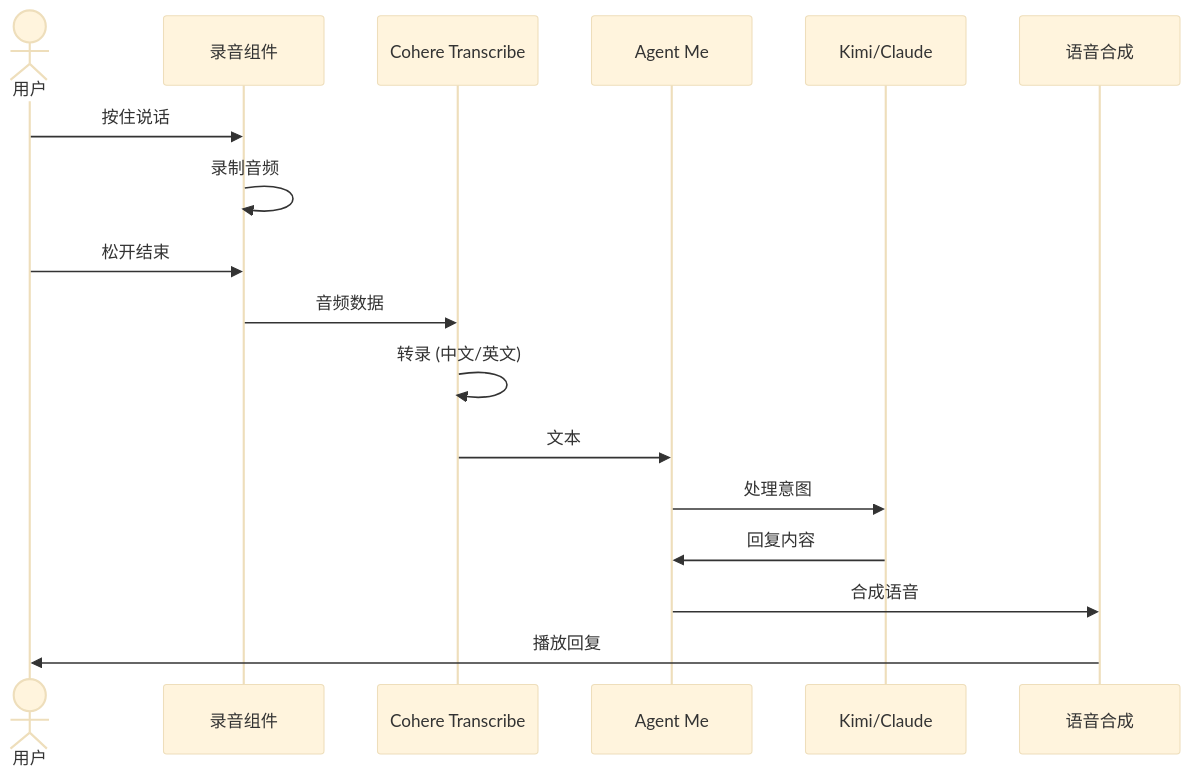
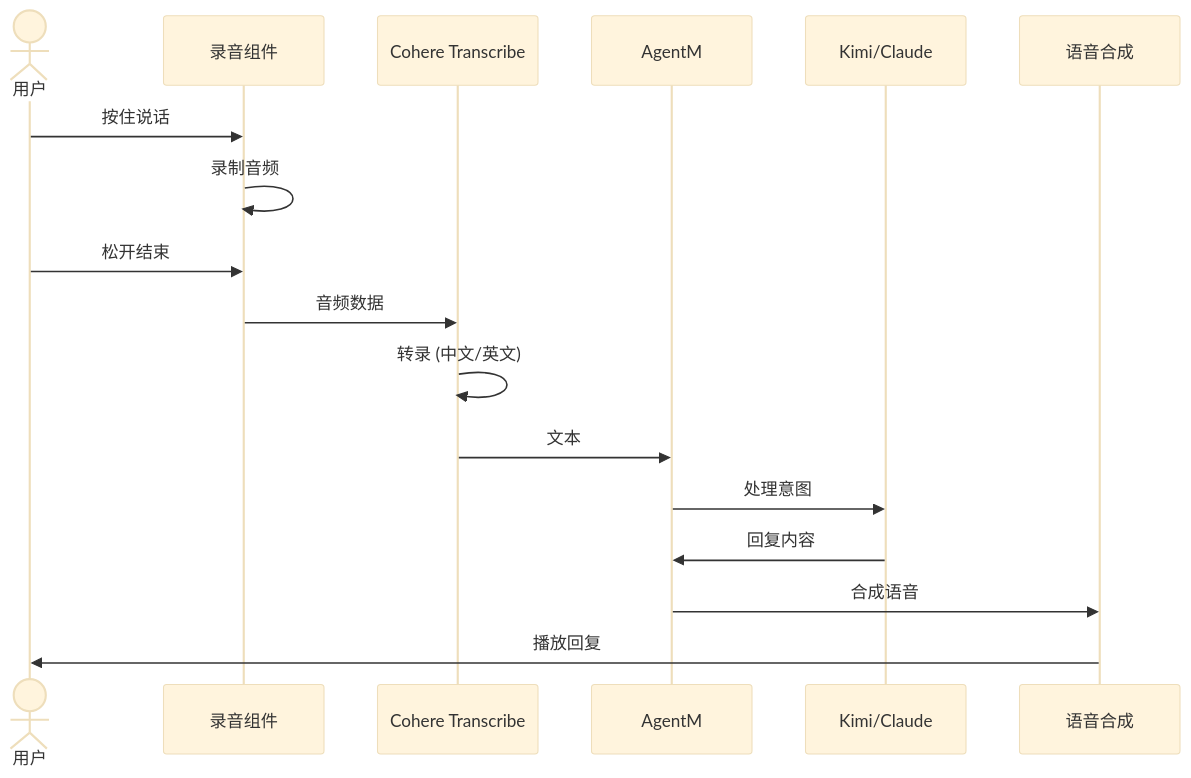
Before and after one commit to DaviRain-Su/gradience: the diagram in research/cohere-transcribe-analysis.md, drawn with Mermaid (base theme). The commit also changed other lines of this file and 79 other files, not shown here.

````diff
--- a/research/cohere-transcribe-analysis.md
+++ b/research/cohere-transcribe-analysis.md
@@ -238,20 +238,20 @@
 ```mermaid
 sequenceDiagram
     actor User as 用户
     participant Recorder as 录音组件
     participant ASR as Cohere Transcribe
-    participant Agent as Agent Me
+    participant Agent as AgentM
     participant LLM as Kimi/Claude
     participant TTS as 语音合成
     
     User->>Recorder: 按住说话
     Recorder->>Recorder: 录制音频
     User->>Recorder: 松开结束
     Recorder->>ASR: 音频数据
     ASR->>ASR: 转录 (中文/英文)
     ASR->>Agent: 文本
     Agent->>LLM: 处理意图
     LLM->>Agent: 回复内容
     Agent->>TTS: 合成语音
     TTS->>User: 播放回复
 ```
````
